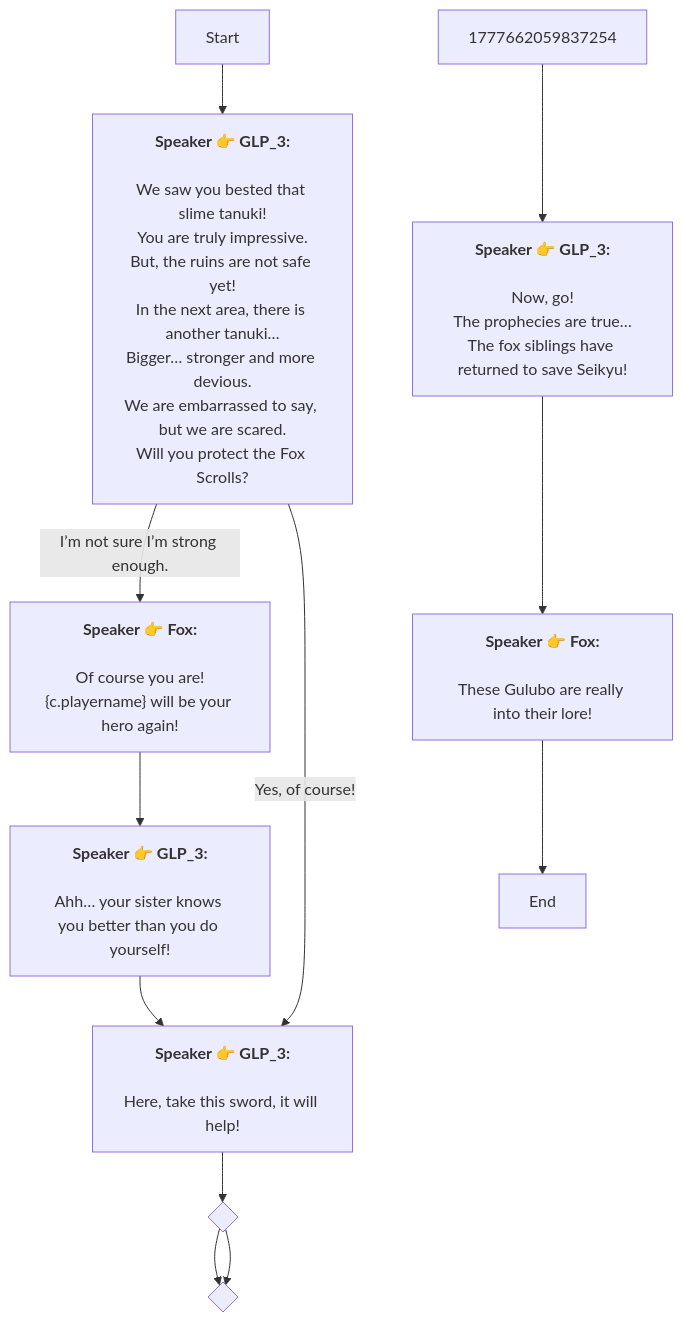
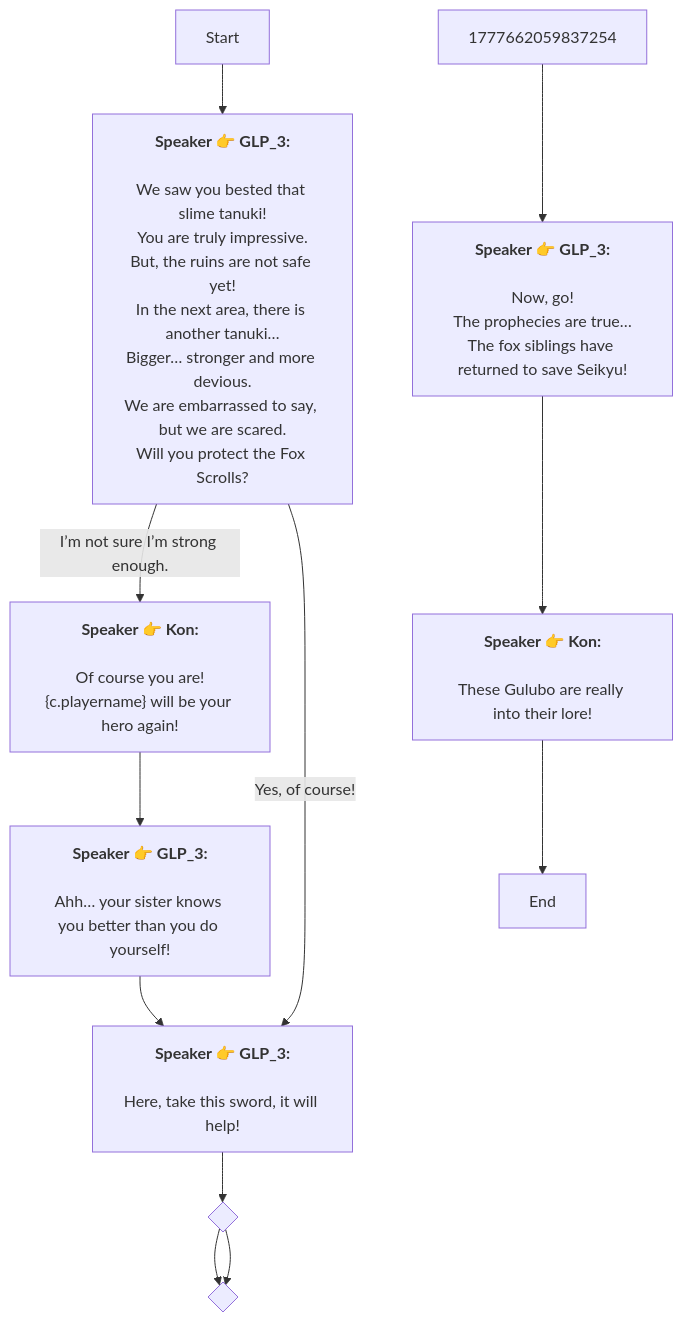
One commit to SoftHu/tos_avg changed the diagram in En/QuestStartTalkENode_1777661619271468.md. Above: the diagram before and after it, drawn with Mermaid. The commit also changed 730 other files, not shown here.

````diff
--- a/En/QuestStartTalkENode_1777661619271468.md
+++ b/En/QuestStartTalkENode_1777661619271468.md
@@ -1,28 +1,28 @@
 ```mermaid
 graph
 Start -->1777661646411567[<b>Speaker 👉 GLP_3:</b>
 \nWe saw you bested that slime tanuki!
 You are truly impressive.\nBut, the ruins are not safe yet!
 In the next area, there is another tanuki…
 Bigger… stronger and more devious.\nWe are embarrassed to say, but we are scared.\nWill you protect the Fox Scrolls?]
-1777661646411567 -->|I’m not sure I’m strong enough.|1777661917474615[<b>Speaker 👉 Fox:</b>
+1777661646411567 -->|I’m not sure I’m strong enough.|1777661917474615[<b>Speaker 👉 Kon:</b>
 \nOf course you are!
 &lbrace;c.playername&rbrace; will be your hero again!]
 1777661646411567 -->|Yes, of course!|1777661947119418[<b>Speaker 👉 GLP_3:</b>
 \nHere, take this sword, it will help!]
 1777661917474615 -->1777661930952504[<b>Speaker 👉 GLP_3:</b>
 \nAhh… your sister knows you better than you do yourself!]
 1777661930952504 -->1777661947119418[<b>Speaker 👉 GLP_3:</b>
 \nHere, take this sword, it will help!]
 1777661947119418 -->1777661991781181{ }
 1777661991781181 -->1777662040768321{ }
 1777661991781181 -->1777662040768321{ }
 1777662059837254 -->1777662185212745[<b>Speaker 👉 GLP_3:</b>
 \nNow, go!
 The prophecies are true…
 The fox siblings have returned to save Seikyu!]
-1777662185212745 -->1777662212297549[<b>Speaker 👉 Fox:</b>
+1777662185212745 -->1777662212297549[<b>Speaker 👉 Kon:</b>
 \nThese Gulubo are really into their lore!]
 1777662212297549 -->1777662264065870[End]
 
 ```
````
